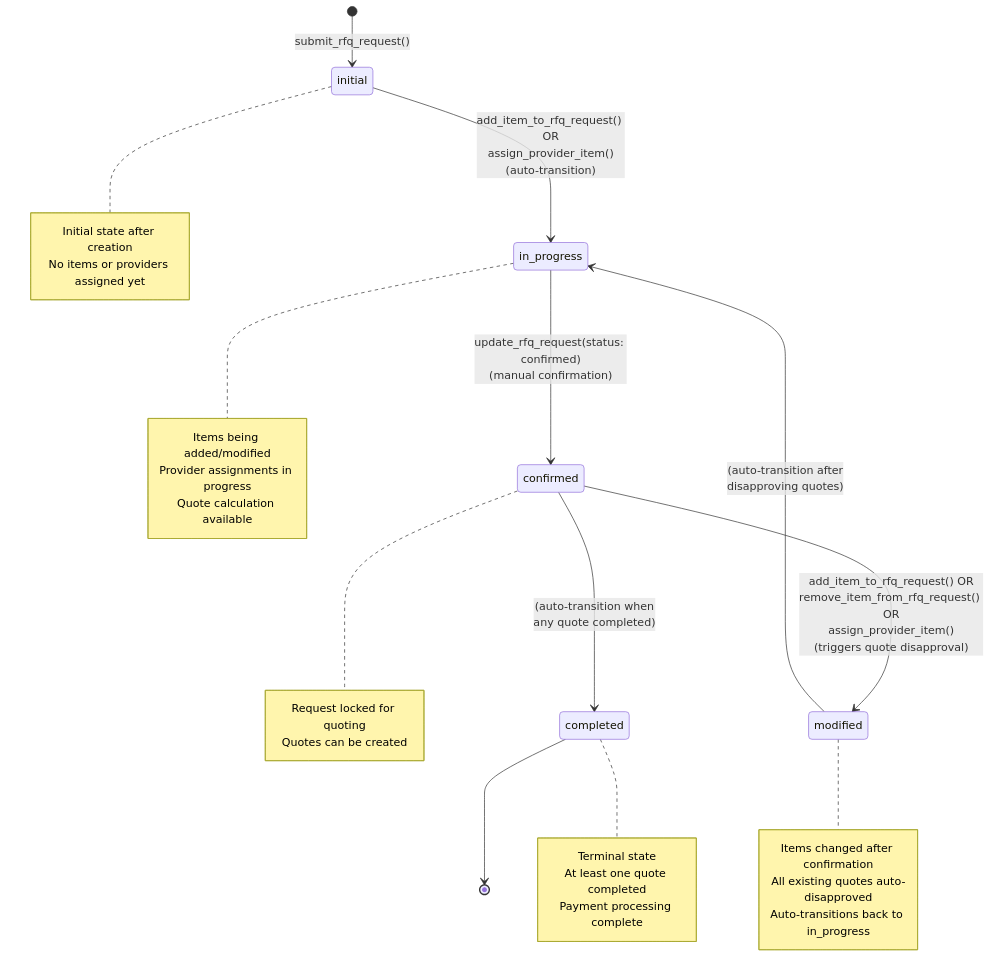
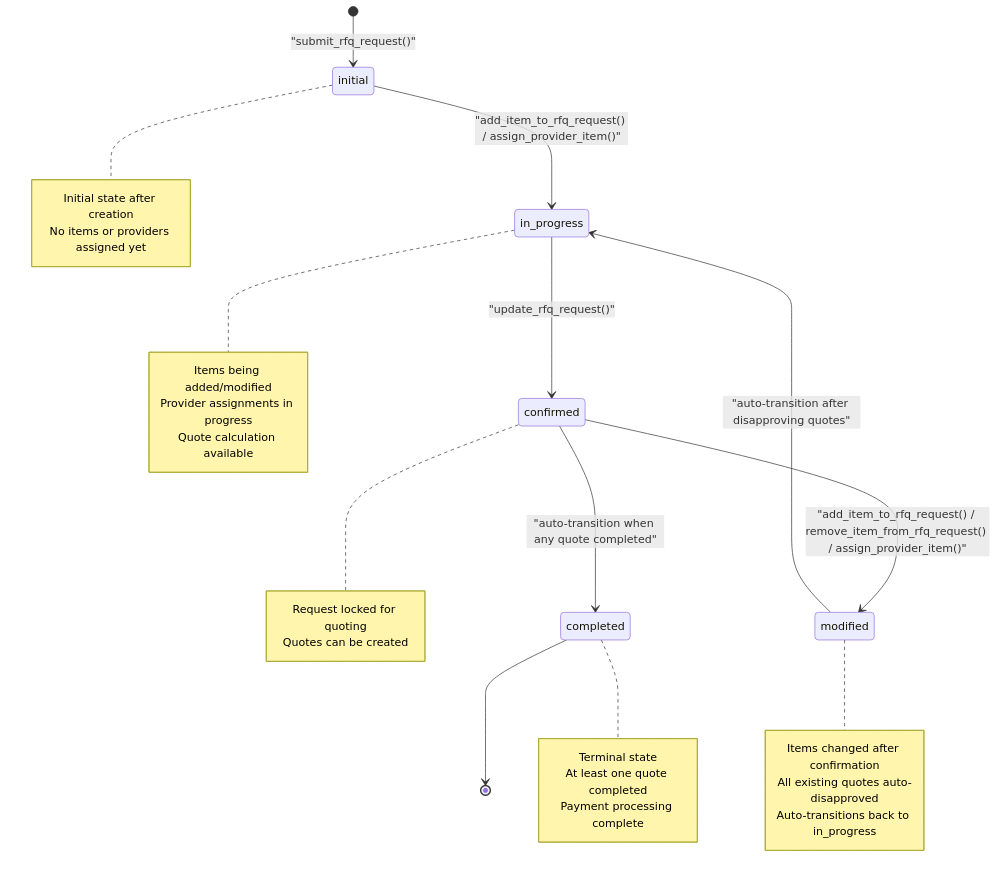
One commit to ideabosque/ai_rfq_engine changed diagram 11 of 16 in docs/DEVELOPMENT_PLAN.md. Above: the diagram before and after it, drawn with Mermaid. The commit also changed other lines of this file, not shown here.

Commit message:
Clarify state diagrams in development plan

````diff
--- a/docs/DEVELOPMENT_PLAN.md
+++ b/docs/DEVELOPMENT_PLAN.md
@@ -1291,44 +1291,44 @@
 ```mermaid
 stateDiagram-v2
-    [*] --> initial: submit_rfq_request()
+    [*] --> initial: "submit_rfq_request()"
 
-    initial --> in_progress: add_item_to_rfq_request() OR<br/>assign_provider_item()<br/>(auto-transition)
+    initial --> in_progress: "add_item_to_rfq_request() / assign_provider_item()"
 
-    in_progress --> confirmed: update_rfq_request(status: confirmed)<br/>(manual confirmation)
+    in_progress --> confirmed: "update_rfq_request()"
 
-    confirmed --> modified: add_item_to_rfq_request() OR<br/>remove_item_from_rfq_request() OR<br/>assign_provider_item()<br/>(triggers quote disapproval)
+    confirmed --> modified: "add_item_to_rfq_request() / remove_item_from_rfq_request() / assign_provider_item()"
 
-    modified --> in_progress: (auto-transition after<br/>disapproving quotes)
+    modified --> in_progress: "auto-transition after disapproving quotes"
 
-    confirmed --> completed: (auto-transition when<br/>any quote completed)
+    confirmed --> completed: "auto-transition when any quote completed"
 
     completed --> [*]
 
     note right of initial
         Initial state after creation
         No items or providers assigned yet
     end note
 
     note right of in_progress
         Items being added/modified
         Provider assignments in progress
         Quote calculation available
     end note
 
     note right of modified
         Items changed after confirmation
         All existing quotes auto-disapproved
         Auto-transitions back to in_progress
     end note
 
     note right of confirmed
         Request locked for quoting
         Quotes can be created
     end note
 
     note right of completed
         Terminal state
         At least one quote completed
         Payment processing complete
     end note
 ```
````
